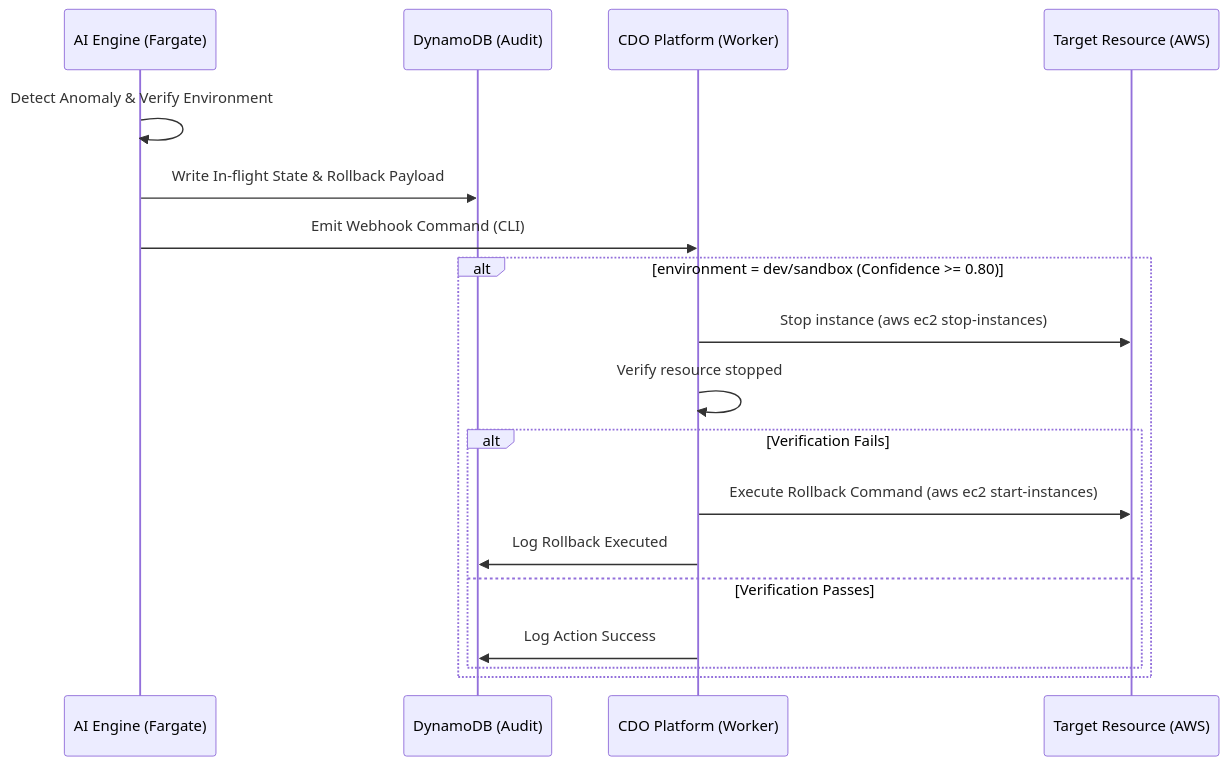
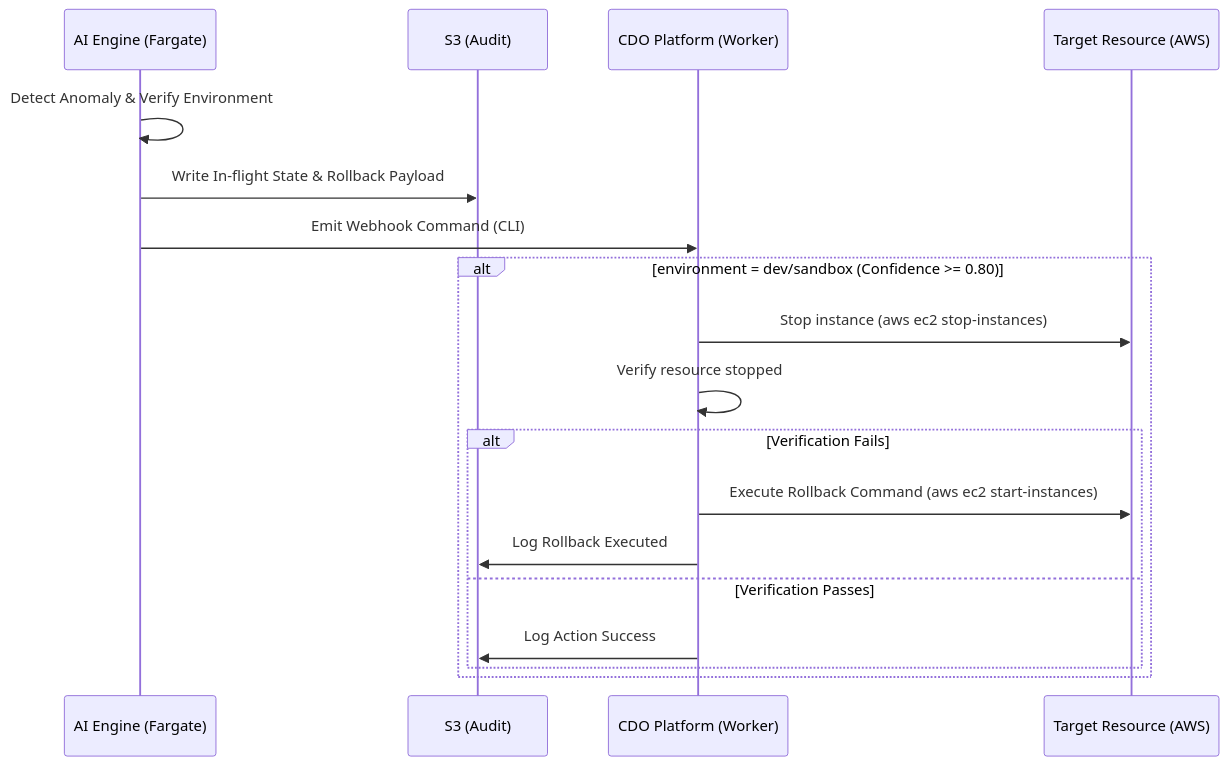
One commit to kietoichoiDXD/AIOPS-w1 changed the diagram in templates/ai/docs/03_ai_engine_spec.md. Above: the diagram before and after it, drawn with Mermaid. The commit also changed other lines of this file and 121 other files, not shown here.

````diff
--- a/templates/ai/docs/03_ai_engine_spec.md
+++ b/templates/ai/docs/03_ai_engine_spec.md
@@ -154,21 +155,21 @@
 ```mermaid
 sequenceDiagram
     participant AI as AI Engine (Fargate)
-    participant DB as DynamoDB (Audit)
+    participant DB as S3 (Audit)
     participant CDO as CDO Platform (Worker)
     participant Res as Target Resource (AWS)
 
     AI->>AI: Detect Anomaly & Verify Environment
     AI->>DB: Write In-flight State & Rollback Payload
     AI->>CDO: Emit Webhook Command (CLI)
     alt environment = dev/sandbox (Confidence >= 0.80)
         CDO->>Res: Stop instance (aws ec2 stop-instances)
         CDO->>CDO: Verify resource stopped
         alt Verification Fails
             CDO->>Res: Execute Rollback Command (aws ec2 start-instances)
             CDO->>DB: Log Rollback Executed
         else Verification Passes
             CDO->>DB: Log Action Success
         end
     end
 ```
````
